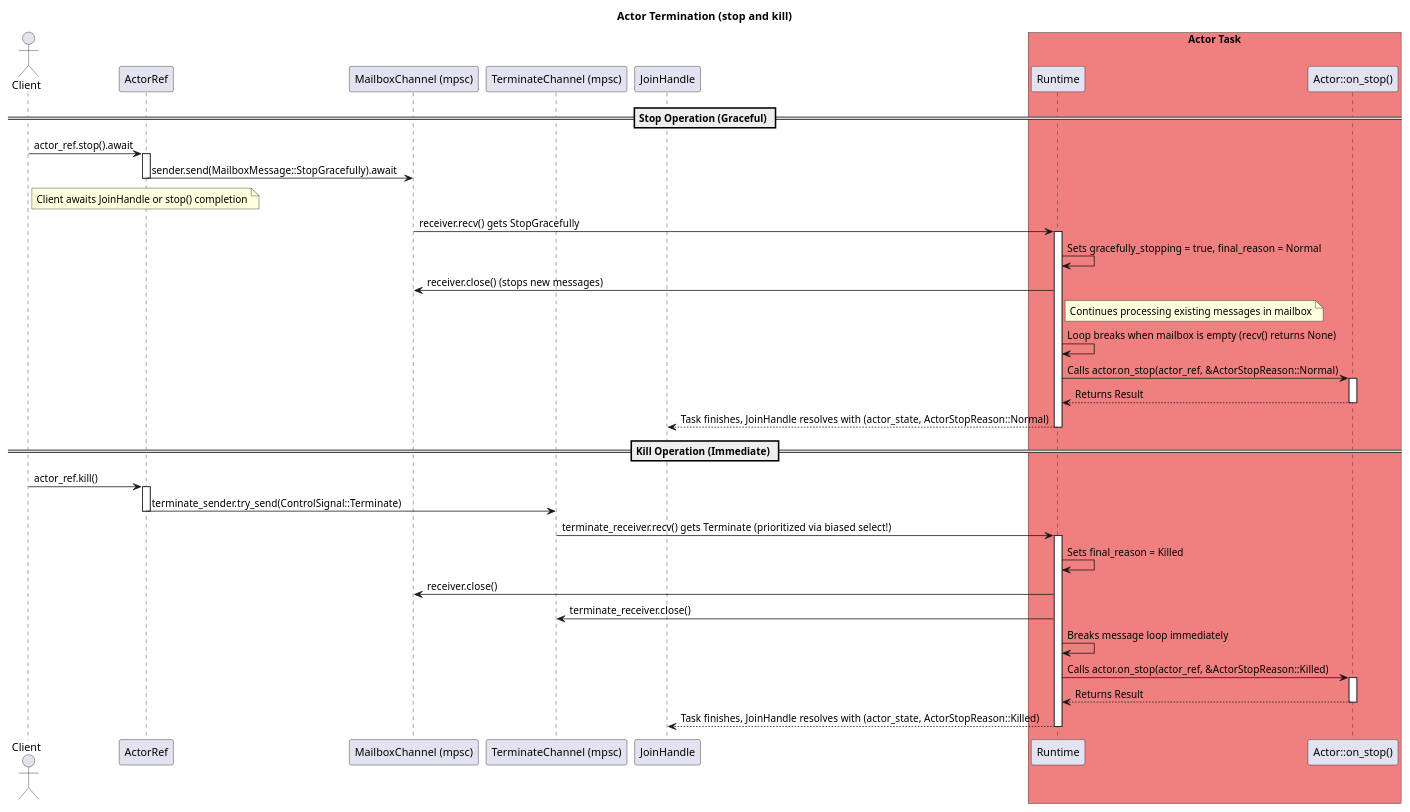
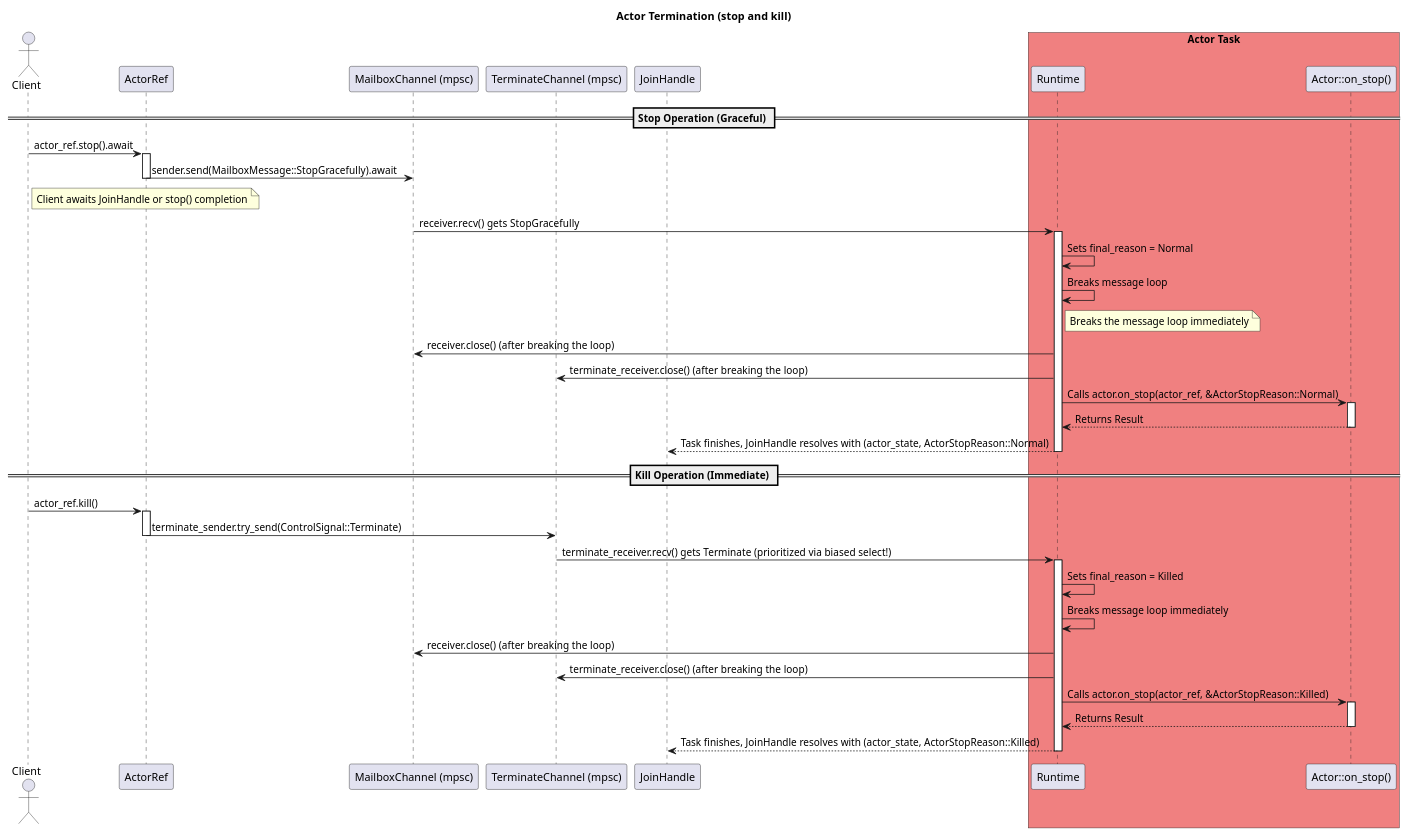
The diagram in docs/termination.puml (hiking90/rsactor), drawn with PlantUML before and after one commit. The commit also changed 8 other files, not shown here.

```diff
--- a/docs/termination.puml
+++ b/docs/termination.puml
@@ -1,59 +1,60 @@
 @startuml Actor Termination
 title Actor Termination (stop and kill)
 
 actor Client
 participant "ActorRef" as ActorRef_obj
 participant "MailboxChannel (mpsc)" as MailboxChannel
 participant "TerminateChannel (mpsc)" as TerminateChannel
 participant "Runtime" as Runtime_obj
 participant "Actor::on_stop()" as on_stop_method
 participant "JoinHandle" as JoinHandle_obj
 
 box "Actor Task" #LightCoral
     participant Runtime_obj
     participant on_stop_method
 end box
 
 == Stop Operation (Graceful) ==
 Client -> ActorRef_obj: actor_ref.stop().await
 activate ActorRef_obj
 ActorRef_obj -> MailboxChannel: sender.send(MailboxMessage::StopGracefully).await
 deactivate ActorRef_obj
 note right of Client: Client awaits JoinHandle or stop() completion
 
 MailboxChannel -> Runtime_obj: receiver.recv() gets StopGracefully
 activate Runtime_obj
-Runtime_obj -> Runtime_obj: Sets gracefully_stopping = true, final_reason = Normal
-Runtime_obj -> MailboxChannel: receiver.close() (stops new messages)
-note right of Runtime_obj: Continues processing existing messages in mailbox
-Runtime_obj -> Runtime_obj: Loop breaks when mailbox is empty (recv() returns None)
+Runtime_obj -> Runtime_obj: Sets final_reason = Normal
+Runtime_obj -> Runtime_obj: Breaks message loop
+note right of Runtime_obj: Breaks the message loop immediately
+Runtime_obj -> MailboxChannel: receiver.close() (after breaking the loop)
+Runtime_obj -> TerminateChannel: terminate_receiver.close() (after breaking the loop)
 
 Runtime_obj -> on_stop_method: Calls actor.on_stop(actor_ref, &ActorStopReason::Normal)
 activate on_stop_method
 on_stop_method --> Runtime_obj: Returns Result
 deactivate on_stop_method
 Runtime_obj --> JoinHandle_obj: Task finishes, JoinHandle resolves with (actor_state, ActorStopReason::Normal)
 deactivate Runtime_obj
 
 
 == Kill Operation (Immediate) ==
 Client -> ActorRef_obj: actor_ref.kill()
 activate ActorRef_obj
 ActorRef_obj -> TerminateChannel: terminate_sender.try_send(ControlSignal::Terminate)
 deactivate ActorRef_obj
 
 TerminateChannel -> Runtime_obj: terminate_receiver.recv() gets Terminate (prioritized via biased select!)
 activate Runtime_obj
 Runtime_obj -> Runtime_obj: Sets final_reason = Killed
-Runtime_obj -> MailboxChannel: receiver.close()
-Runtime_obj -> TerminateChannel: terminate_receiver.close()
 Runtime_obj -> Runtime_obj: Breaks message loop immediately
+Runtime_obj -> MailboxChannel: receiver.close() (after breaking the loop)
+Runtime_obj -> TerminateChannel: terminate_receiver.close() (after breaking the loop)
 
 Runtime_obj -> on_stop_method: Calls actor.on_stop(actor_ref, &ActorStopReason::Killed)
 activate on_stop_method
 on_stop_method --> Runtime_obj: Returns Result
 deactivate on_stop_method
 Runtime_obj --> JoinHandle_obj: Task finishes, JoinHandle resolves with (actor_state, ActorStopReason::Killed)
 deactivate Runtime_obj
 
 @enduml
```
